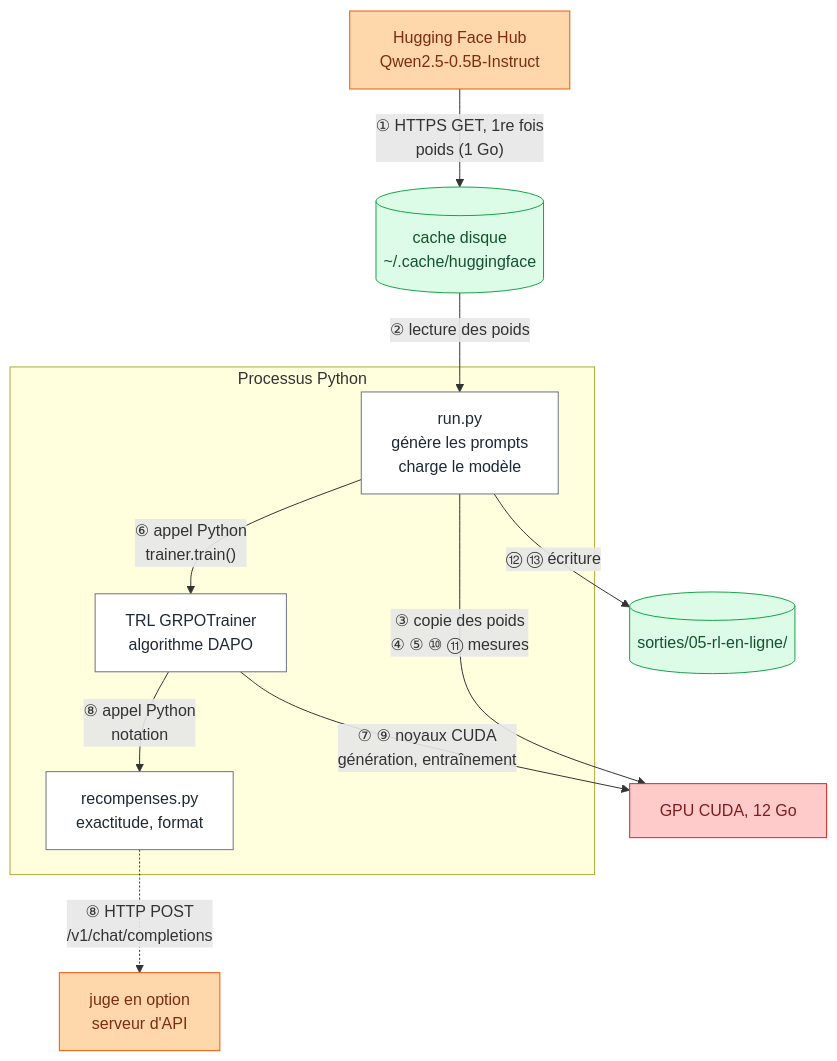
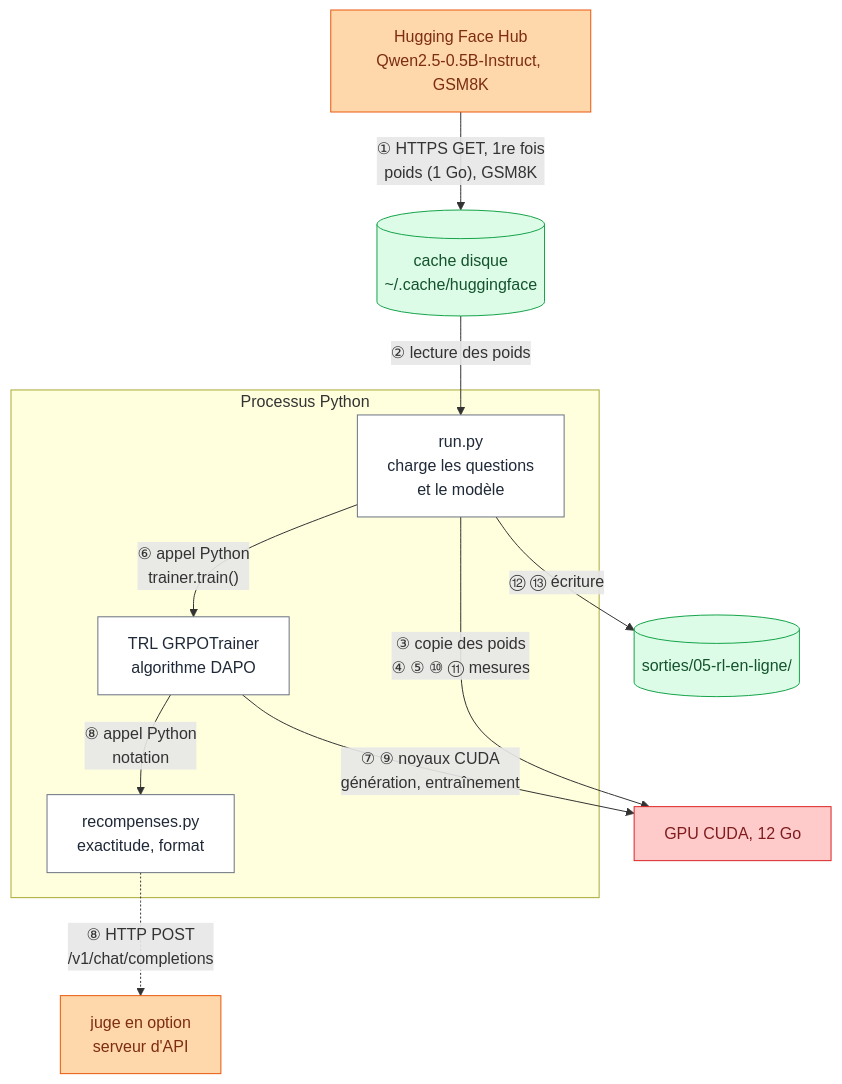
Before and after one commit to xavinsky/amelioria: the diagram in 05-rl-en-ligne/README.md, drawn with Mermaid. The commit also changed other lines of this file and 6 other files, not shown here.

````diff
--- a/05-rl-en-ligne/README.md
+++ b/05-rl-en-ligne/README.md
@@ -64,32 +64,32 @@
 ```mermaid
 flowchart TD
   classDef externe fill:#fed7aa,stroke:#ea580c,color:#7c2d12
   classDef code fill:#ffffff,stroke:#6b7280,color:#1f2937
   classDef gpu fill:#fecaca,stroke:#dc2626,color:#7f1d1d
   classDef disque fill:#dcfce7,stroke:#16a34a,color:#14532d
 
-  Hub["Hugging Face Hub<br/>Qwen2.5-0.5B-Instruct"]
+  Hub["Hugging Face Hub<br/>Qwen2.5-0.5B-Instruct, GSM8K"]
   Cache[("cache disque<br/>~/.cache/huggingface")]
   subgraph Py["Processus Python"]
-    Run["run.py<br/>génère les prompts<br/>charge le modèle"]
+    Run["run.py<br/>charge les questions<br/>et le modèle"]
     TRL["TRL GRPOTrainer<br/>algorithme DAPO"]
     Rec["recompenses.py<br/>exactitude, format"]
   end
   API["juge en option<br/>serveur d'API"]
   GPU["GPU CUDA, 12 Go"]
   Out[("sorties/05-rl-en-ligne/")]
 
-  Hub -- "① HTTPS GET, 1re fois<br/>poids (1 Go)" --> Cache
+  Hub -- "① HTTPS GET, 1re fois<br/>poids (1 Go), GSM8K" --> Cache
   Cache -- "② lecture des poids" --> Run
   Run -- "③ copie des poids<br/>④ ⑤ ⑩ ⑪ mesures" --> GPU
   Run -- "⑥ appel Python<br/>trainer.train()" --> TRL
   TRL -- "⑧ appel Python<br/>notation" --> Rec
   Rec -. "⑧ HTTP POST<br/>/v1/chat/completions" .-> API
   TRL -- "⑦ ⑨ noyaux CUDA<br/>génération, entraînement" --> GPU
   Run -- "⑫ ⑬ écriture" --> Out
 
   class Hub,API externe
   class Run,TRL,Rec code
   class GPU gpu
   class Cache,Out disque
 ```
````
